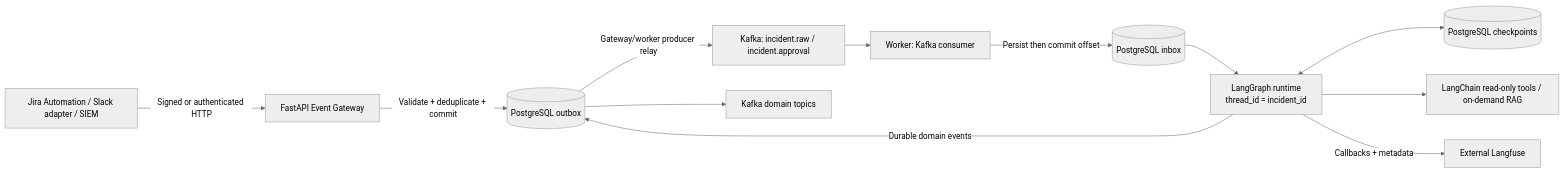
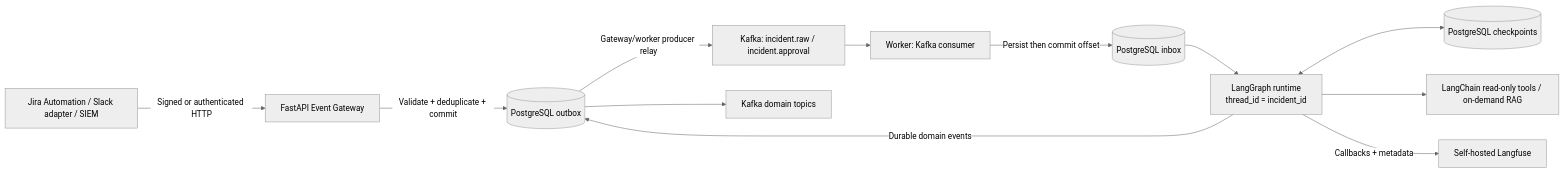
The first of 2 diagrams in README.md (weibit/incident-response-platform), drawn with Mermaid (neutral theme) before and after one commit. The commit also changed other lines of this file and 2 other files, not shown here.

First line of the commit message:
docs: self-hosted tracing, and the invariant it changes

````diff
--- a/README.md
+++ b/README.md
@@ -19,15 +19,15 @@
 ```mermaid
 flowchart LR
   Sources["Jira Automation / Slack adapter / SIEM"] -->|Signed or authenticated HTTP| Gateway["FastAPI Event Gateway"]
   Gateway -->|Validate + deduplicate + commit| Outbox[(PostgreSQL outbox)]
   Outbox -->|Gateway/worker producer relay| Kafka["Kafka: incident.raw / incident.approval"]
   Kafka --> Consumer["Worker: Kafka consumer"]
   Consumer -->|Persist then commit offset| Inbox[(PostgreSQL inbox)]
   Inbox --> Graph["LangGraph runtime
 thread_id = incident_id"]
   Graph <--> Checkpoints[(PostgreSQL checkpoints)]
   Graph --> Tools["LangChain read-only tools / on-demand RAG"]
-  Graph -->|Callbacks + metadata| Langfuse["External Langfuse"]
+  Graph -->|Callbacks + metadata| Langfuse["Self-hosted Langfuse"]
   Graph -->|Durable domain events| Outbox
   Outbox --> Domain["Kafka domain topics"]
 ```
````
